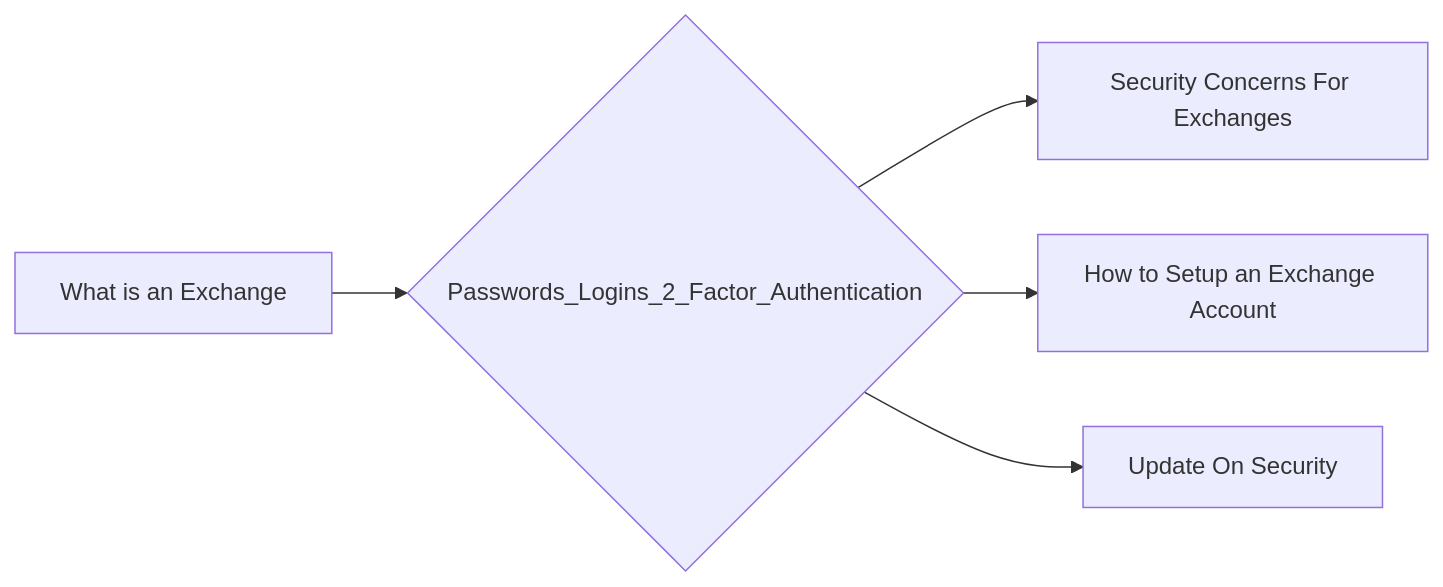
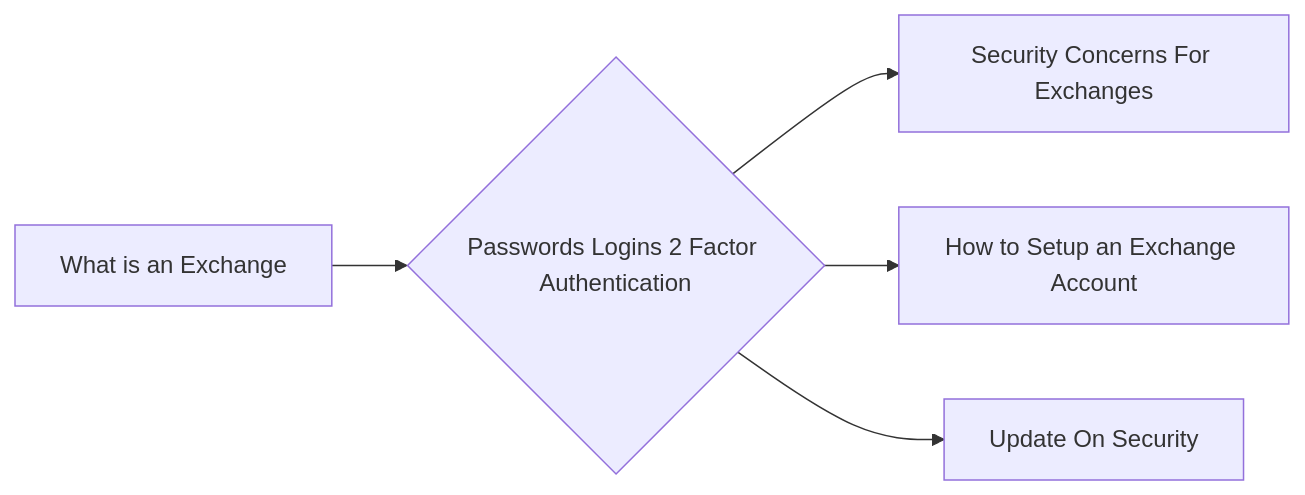
The diagram in notes/Passwords_Logins_2_Factor_Authentication.md (lpurdy01/crypto-knowledge-map), drawn with Mermaid before and after one commit. The commit also changed 58 other files, not shown here.

````diff
--- a/notes/Passwords_Logins_2_Factor_Authentication.md
+++ b/notes/Passwords_Logins_2_Factor_Authentication.md
@@ -6,7 +6,7 @@
 ```mermaid
 graph LR
-1["What is an Exchange"]-->0{"Passwords_Logins_2_Factor_Authentication"}
-0{"Passwords_Logins_2_Factor_Authentication"}-->2["Security Concerns For Exchanges"]
-0{"Passwords_Logins_2_Factor_Authentication"}-->3["How to Setup an Exchange Account"]
-0{"Passwords_Logins_2_Factor_Authentication"}-->4["Update On Security"]
+1["What is an Exchange"]-->0{"Passwords Logins 2 Factor Authentication"}
+0{"Passwords Logins 2 Factor Authentication"}-->2["Security Concerns For Exchanges"]
+0{"Passwords Logins 2 Factor Authentication"}-->3["How to Setup an Exchange Account"]
+0{"Passwords Logins 2 Factor Authentication"}-->4["Update On Security"]
 ```
````
